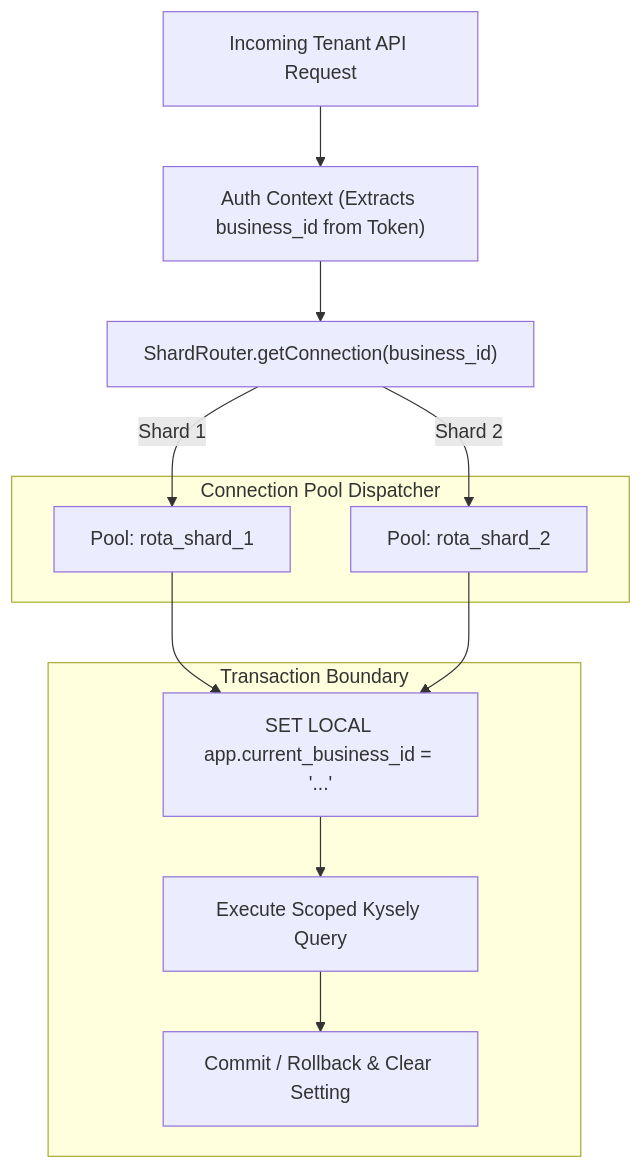
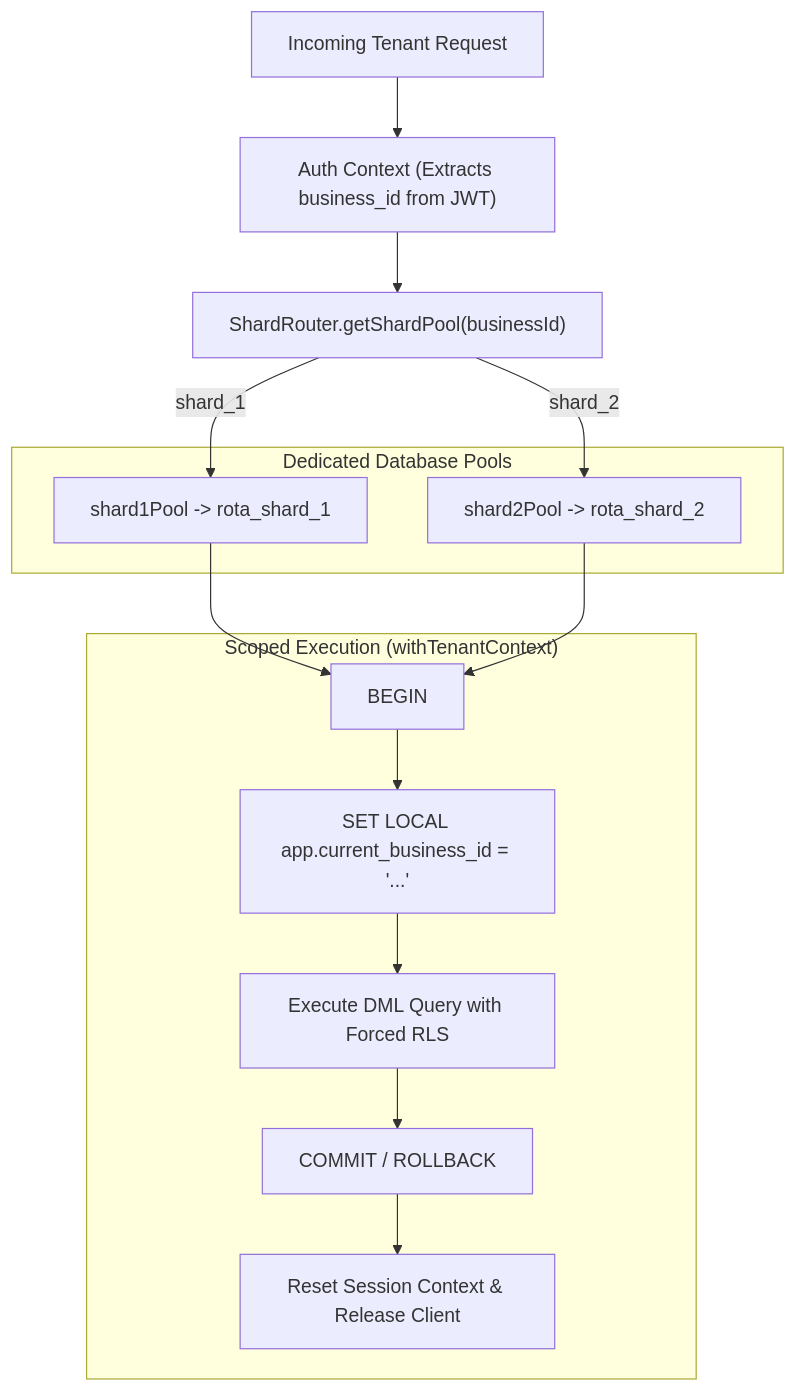
One commit to nmesomarose/rota-app changed the diagram in SHARDING.md. Above: the diagram before and after it, drawn with Mermaid. The commit also changed other lines of this file and 164 other files, not shown here.

First line of the commit message:
feat: complete Rota workforce scheduling mobile application, backend API, and verified tests

````diff
--- a/SHARDING.md
+++ b/SHARDING.md
@@ -41,26 +58,30 @@
 ```mermaid
 graph TD
-  ClientReq["Incoming Tenant API Request"]
-  AuthContext["Auth Context (Extracts business_id from Token)"]
-  Router["ShardRouter.getConnection(business_id)"]
+  ClientReq["Incoming Tenant Request"]
+  AuthContext["Auth Context (Extracts business_id from JWT)"]
+  Router["ShardRouter.getShardPool(businessId)"]
   
-  subgraph Pools ["Connection Pool Dispatcher"]
-    Pool1["Pool: rota_shard_1"]
-    Pool2["Pool: rota_shard_2"]
+  subgraph Pools ["Dedicated Database Pools"]
+    Pool1["shard1Pool -> rota_shard_1"]
+    Pool2["shard2Pool -> rota_shard_2"]
   end
 
-  subgraph Execution ["Transaction Boundary"]
+  subgraph TenantContext ["Scoped Execution (withTenantContext)"]
+    Begin["BEGIN"]
     SetLocal["SET LOCAL app.current_business_id = '...'"]
-    Query["Execute Scoped Kysely Query"]
-    Clean["Commit / Rollback & Clear Setting"]
+    Query["Execute DML Query with Forced RLS"]
+    Commit["COMMIT / ROLLBACK"]
+    Reset["Reset Session Context & Release Client"]
   end
 
   ClientReq --> AuthContext
   AuthContext --> Router
-  Router -->|Shard 1| Pool1
-  Router -->|Shard 2| Pool2
-  Pool1 --> SetLocal
-  Pool2 --> SetLocal
+  Router -->|shard_1| Pool1
+  Router -->|shard_2| Pool2
+  Pool1 --> Begin
+  Pool2 --> Begin
+  Begin --> SetLocal
   SetLocal --> Query
-  Query --> Clean
+  Query --> Commit
+  Commit --> Reset
 ```
````
